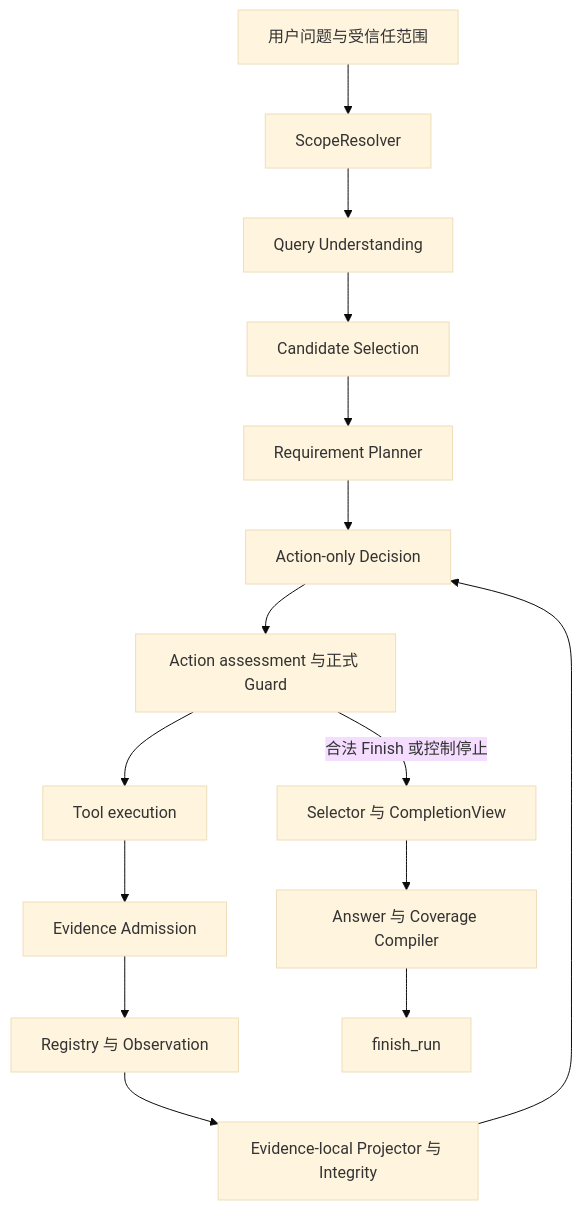
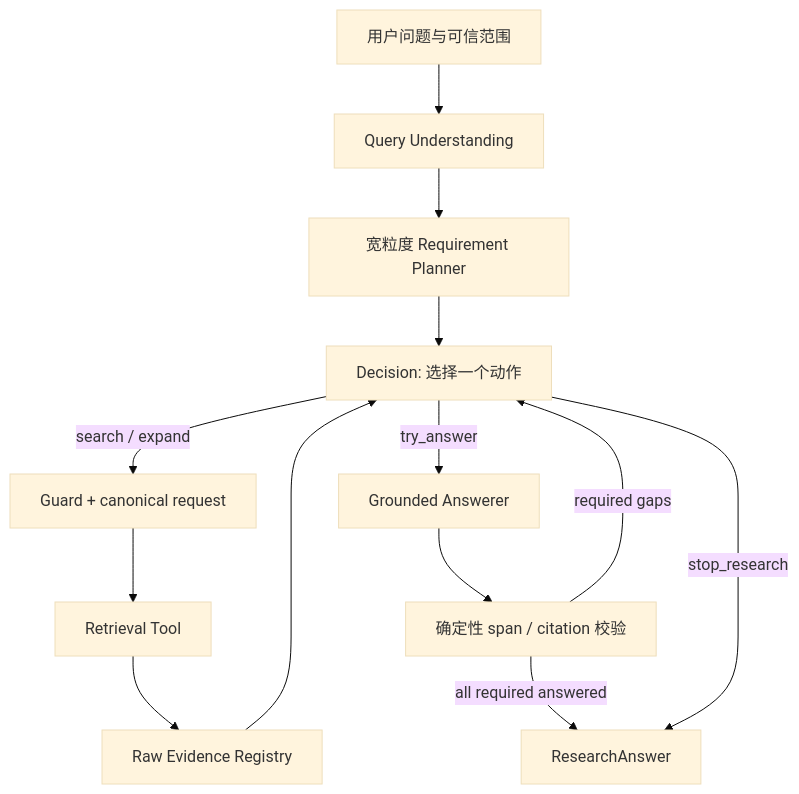
Before and after one commit to violet0711jiuy/PaperBase: the diagram in docs/architecture/agentic-research.md, drawn with Mermaid (base theme). The commit also changed other lines of this file and 118 other files, not shown here.

Commit message:
refactor: replace projector pipeline with grounded answer loop

````diff
--- a/docs/architecture/agentic-research.md
+++ b/docs/architecture/agentic-research.md
@@ -29,17 +9,15 @@
 ```mermaid
 flowchart TD
-    U[用户问题与受信任范围] --> S[ScopeResolver]
-    S --> Q[Query Understanding]
-    Q --> C[Candidate Selection]
-    C --> P[Requirement Planner]
-    P --> D[Action-only Decision]
-    D --> G[Action assessment 与正式 Guard]
-    G --> T[Tool execution]
-    T --> A[Evidence Admission]
-    A --> R[Registry 与 Observation]
-    R --> J[Evidence-local Projector 与 Integrity]
-    J --> D
-    G -->|合法 Finish 或控制停止| E[Selector 与 CompletionView]
-    E --> N[Answer 与 Coverage Compiler]
-    N --> F[finish_run]
+    U[用户问题与可信范围] --> Q[Query Understanding]
+    Q --> P[宽粒度 Requirement Planner]
+    P --> D[Decision: 选择一个动作]
+    D -->|search / expand| G[Guard + canonical request]
+    G --> T[Retrieval Tool]
+    T --> R[Raw Evidence Registry]
+    R --> D
+    D -->|try_answer| A[Grounded Answerer]
+    A --> V[确定性 span / citation 校验]
+    V -->|required gaps| D
+    V -->|all required answered| F[ResearchAnswer]
+    D -->|stop_research| F
 ```
````
